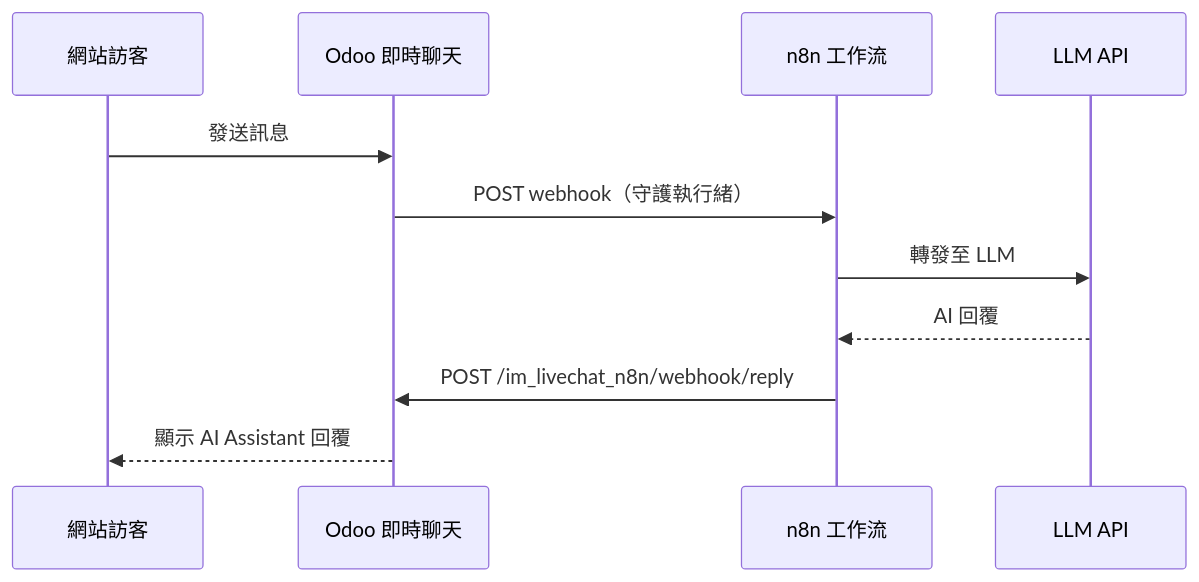
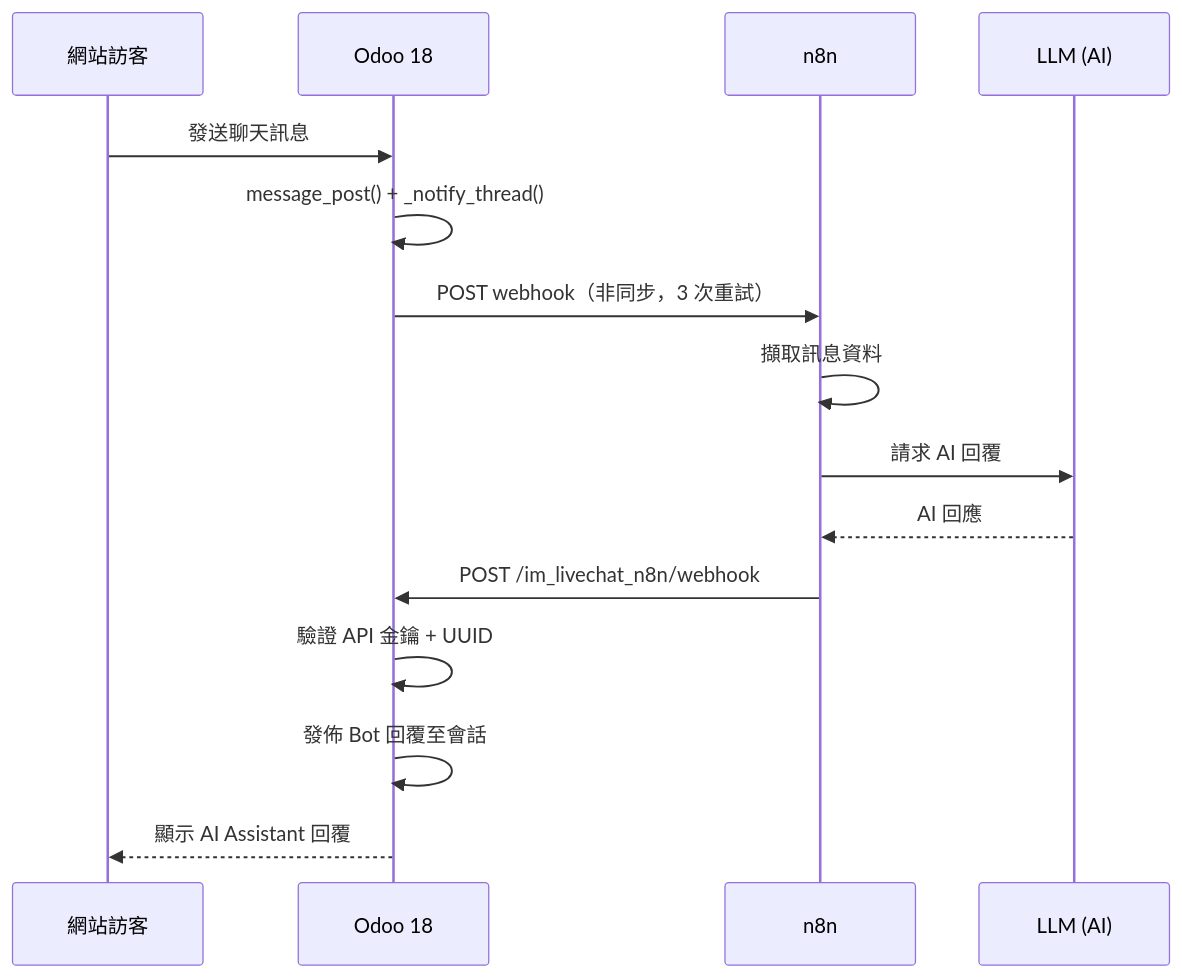
The first of 2 diagrams in README_zh-TW.md (WOOWTECH/Woow_odoo_ai_livechat), drawn with Mermaid before and after one commit. The commit also changed other lines of this file and 1 other file, not shown here.

````diff
--- a/README_zh-TW.md
+++ b/README_zh-TW.md
@@ -89,14 +94,18 @@
 ```mermaid
 sequenceDiagram
     participant V as 網站訪客
-    participant O as Odoo 即時聊天
-    participant N as n8n 工作流
-    participant L as LLM API
+    participant O as Odoo 18
+    participant N as n8n
+    participant L as LLM (AI)
 
-    V->>O: 發送訊息
-    O->>N: POST webhook（守護執行緒）
-    N->>L: 轉發至 LLM
-    L-->>N: AI 回覆
-    N->>O: POST /im_livechat_n8n/webhook/reply
+    V->>O: 發送聊天訊息
+    O->>O: message_post() + _notify_thread()
+    O->>N: POST webhook（非同步，3 次重試）
+    N->>N: 擷取訊息資料
+    N->>L: 請求 AI 回覆
+    L-->>N: AI 回應
+    N->>O: POST /im_livechat_n8n/webhook
+    O->>O: 驗證 API 金鑰 + UUID
+    O->>O: 發佈 Bot 回覆至會話
     O-->>V: 顯示 AI Assistant 回覆
 ```
````
